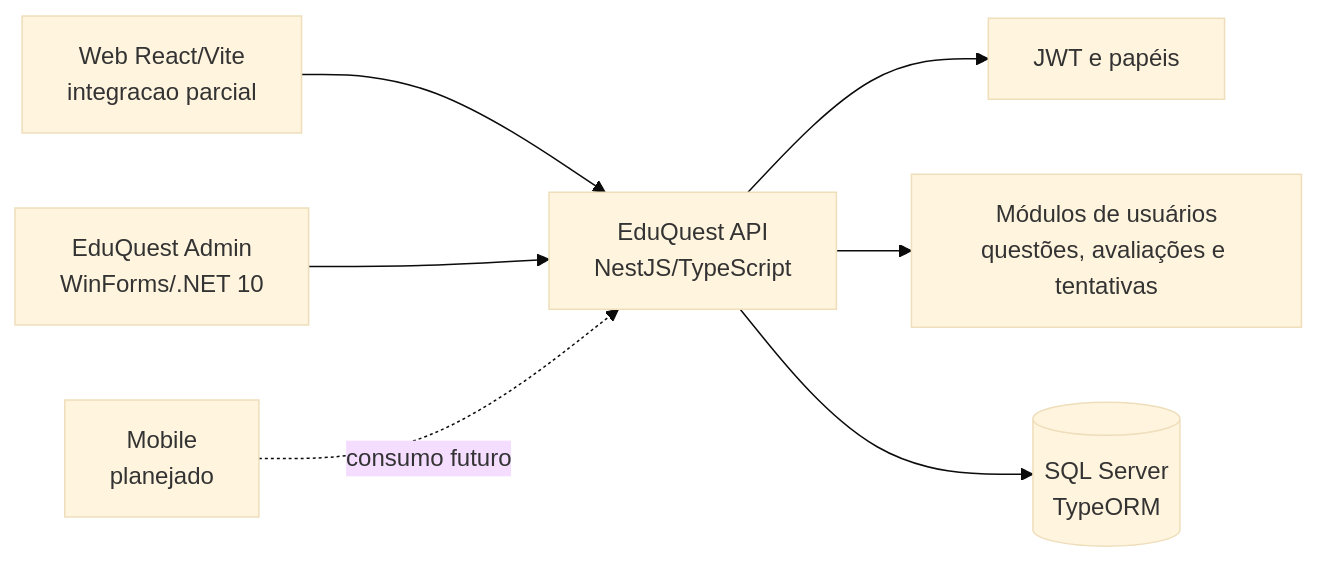
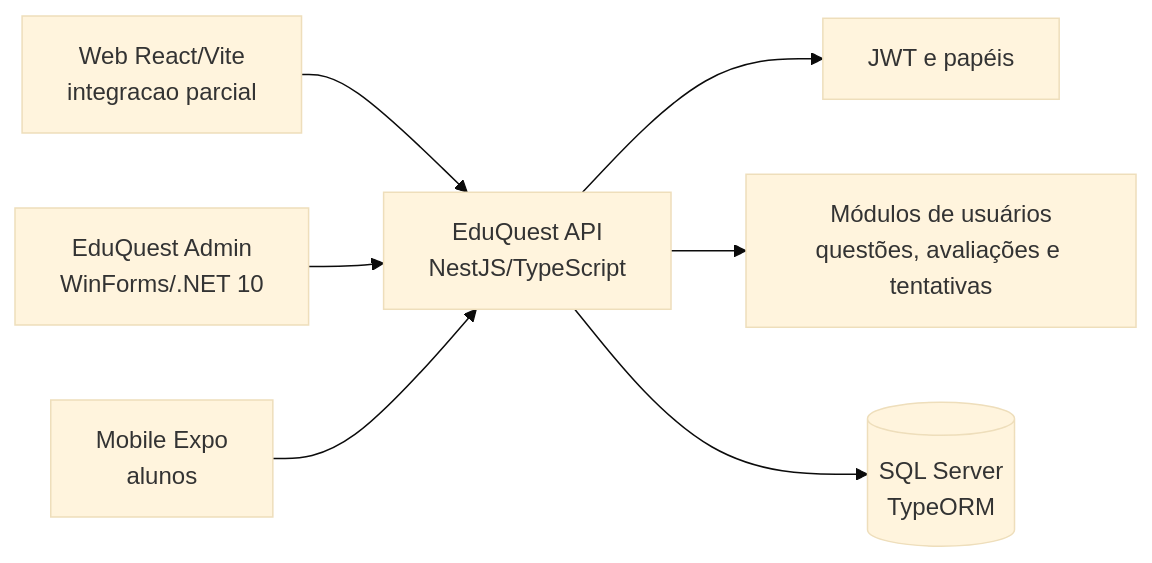
Before and after one commit to p-v-dev/PIM-IV: the diagram in README.md, drawn with Mermaid (base theme). The commit also changed other lines of this file and 3 other files, not shown here.

````diff
--- a/README.md
+++ b/README.md
@@ -50,9 +51,9 @@
 ```mermaid
 flowchart LR
     Web[Web React/Vite<br/>integracao parcial] --> API[EduQuest API<br/>NestJS/TypeScript]
     Desktop[EduQuest Admin<br/>WinForms/.NET 10] --> API
-    Mobile[Mobile<br/>planejado] -. consumo futuro .-> API
+    Mobile[Mobile Expo<br/>alunos] --> API
     API --> Auth[JWT e papéis]
     API --> Domain[Módulos de usuários<br/>questões, avaliações e tentativas]
     API --> DB[(SQL Server<br/>TypeORM)]
 ```
````
